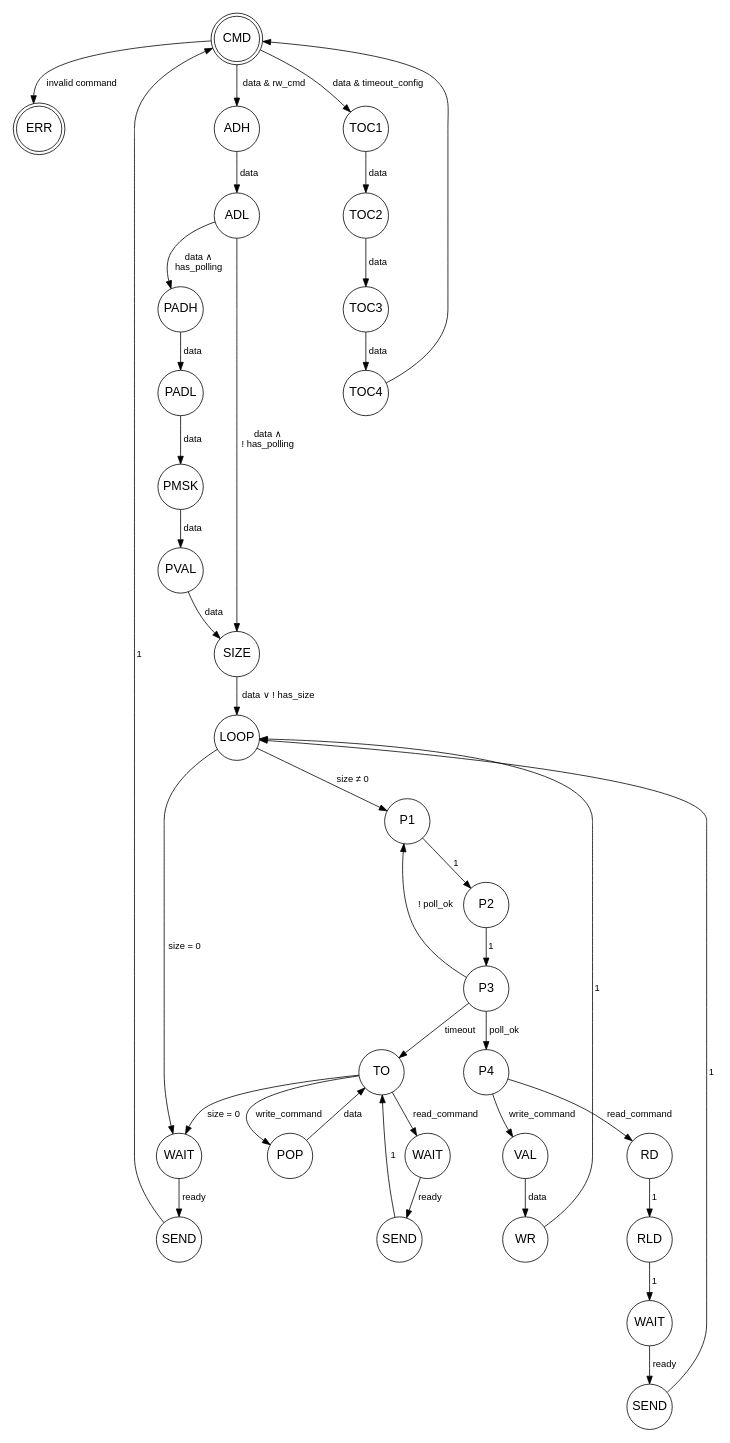
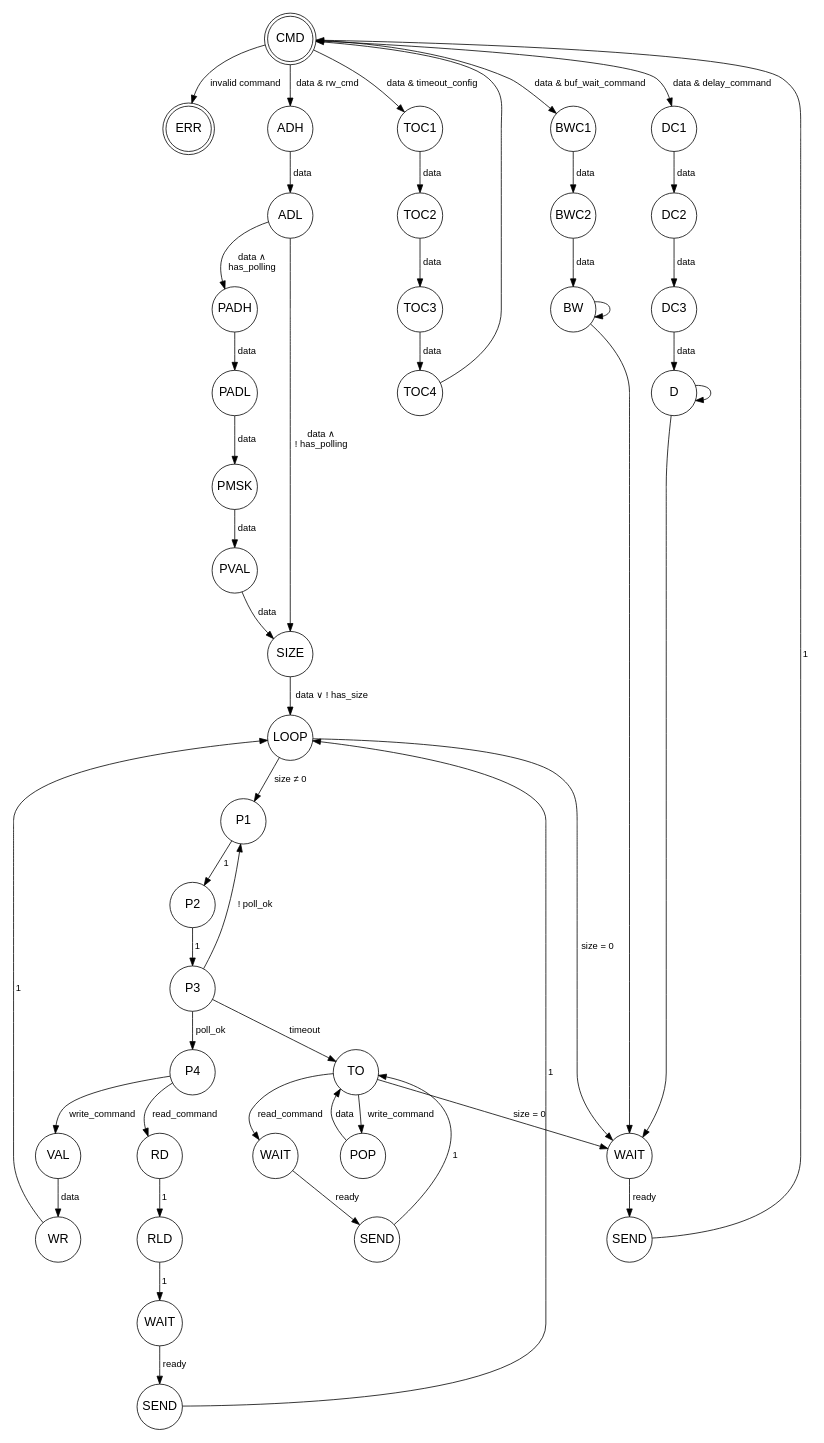
Before and after one commit to Ledger-Donjon/scaffold: the diagram in docs/bus_bridge_fsm.dot, drawn with Graphviz. The commit also changed 7 other files, not shown here.

First line of the commit message:
Added delays and buffer wait to the architecture

```diff
--- a/docs/bus_bridge_fsm.dot
+++ b/docs/bus_bridge_fsm.dot
@@ -1,87 +1,107 @@
 digraph {
   graph [dpi = 55, bgcolor = "#ffffff00", fontname = "helvetica", fontsize = 16];
   node [fontname = "helvetica", fontsize = 16, fixedsize = true, width = 0.8];
   edge [fontname = "helvetica", fontsize = 12];
 
   node [shape = doublecircle] CMD; ERR;
   node [shape = circle];
 
   CMD[group = g5];
   CMD -> ADH [label = " data & rw_cmd"];
   CMD -> ERR [label = " invalid command"];
   ADH[group = g5];
   ADH -> ADL [label = " data"];
   ADL[group = g5];
   ADL -> PADH [label = " data &and;\n has_polling"];
   ADL -> SIZE [label = " data &and;\n ! has_polling"];
   PADH[group = g6];
   PADH -> PADL [label = " data"];
   PADL[group = g6];
   PADL -> PMSK [label = " data"];
   PMSK[group = g6];
   PMSK -> PVAL [label = " data"];
   PVAL[group = g6];
   PVAL -> SIZE [label = " data"];
   SIZE[group = g5];
   SIZE -> LOOP [label = " data &or; ! has_size"];
 
   RD[group = g1];
   RD -> RLD [label = " 1"]
   RLD[group = g1];
   RLD -> WAIT1 [label = " 1", group = g1];
   WAIT1[label = "WAIT", group = g1];
   WAIT1 -> SEND [label = " ready"];
   SEND[group = g1];
   SEND -> LOOP [label = " 1"];
 
   VAL[group = g2];
   VAL -> WR [label = " data"];
   WR[group = g2];
   WR -> LOOP [label = " 1"];
 
   LOOP[group = g5];
   LOOP -> P1 [label = " size &ne; 0"];
 
   P1[group = g3];
   P1 -> P2 [label = " 1"];
   P2[group = g3];
   P2 -> P3 [label = " 1"]
   P3[group = g3];
   P3 -> P4 [label = " poll_ok"]
   P3 -> P1 [label = " ! poll_ok"]
   P4[group = g3];
   P4 -> RD [label = " read_command"];
   P4 -> VAL [label = " write_command"];
 
   LOOP -> WAIT2 [label = " size = 0"];
   WAIT2[label = "WAIT", group = g4];
   WAIT2 -> SEND2 [label = " ready"];
   SEND2[label = "SEND", group = g4];
   SEND2 -> CMD [label = " 1"];
 
   TOC1 [group = g7]
   CMD -> TOC1 [label = " data & timeout_config"]
   TOC2 [group = g7]
   TOC1 -> TOC2 [label = " data"]
   TOC3 [group = g7]
   TOC2 -> TOC3 [label = " data"]
   TOC4 [group = g7]
   TOC3 -> TOC4 [label = " data"]
   TOC4 -> CMD
 
+  BWC1 [group = g10]
+  BWC2 [group = g10]
+  CMD -> BWC1 [label = " data & buf_wait_command"]
+  BW [group = g10]
+  BWC1 -> BWC2 [label = " data"]
+  BWC2 -> BW [label = " data"]
+  BW -> BW
+  BW -> WAIT2
+
+  DC1 [group = g11]
+  DC2 [group = g11]
+  DC3 [group = g11]
+  D [group = g11]
+  CMD -> DC1 [label = " data & delay_command"]
+  DC1 -> DC2 [label = " data"]
+  DC2 -> DC3 [label = " data"]
+  DC3 -> D [label = " data"]
+  D -> D
+  D -> WAIT2
+
   TO [group=g8]
   P3 -> TO [label = " timeout"]
   WAIT3[label="WAIT", group=g8]
   WAIT3 [label="WAIT", group=g8]
   TO -> WAIT3 [label = " read_command"]
   SEND3 [label="SEND", group=g8]
   WAIT3 -> SEND3 [label = " ready"]
   SEND3 -> TO [label=" 1"]
 
   POP4 [label="POP", group=g9]
   TO -> POP4 [label=" write_command"]
   POP4 -> TO [label=" data"]
 
   TO -> WAIT2 [label=" size = 0"]
 
 }
```
